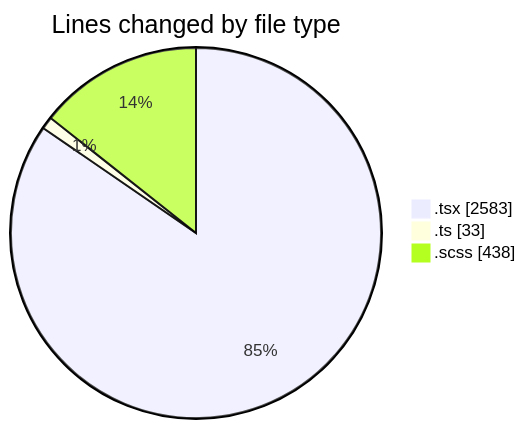
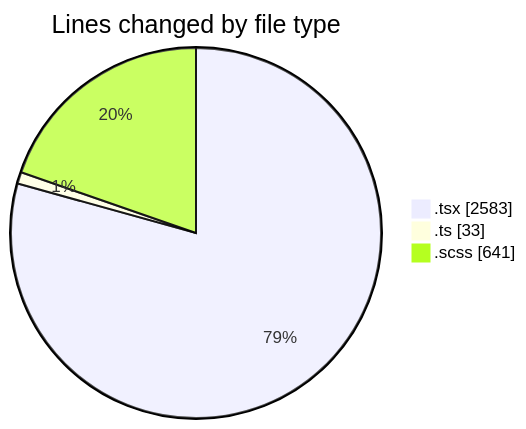
Before and after one commit to momahboobian/code-tracking: the first of 2 diagrams in 2025-02-12/cda/README.md, drawn with Mermaid. The commit also changed other lines of this file and 1 other file, not shown here.

````diff
--- a/2025-02-12/cda/README.md
+++ b/2025-02-12/cda/README.md
@@ -27,7 +27,7 @@
 ```mermaid
 pie showData
 title Lines changed by file type
 ".tsx" : 2583
 ".ts" : 33
-".scss" : 438
+".scss" : 641
 ```
````
